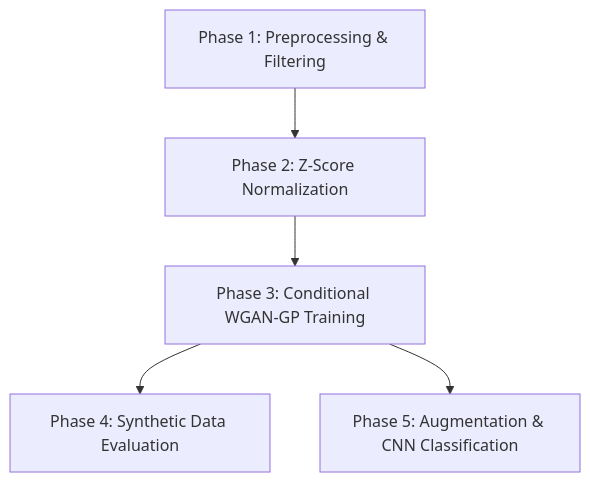
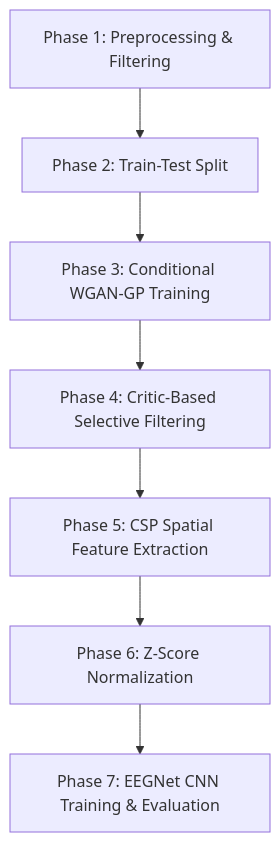
Before and after one commit to Rakeshmalviya88/motor-imagery-eeg-gan: the diagram in README.md, drawn with Mermaid. The commit also changed other lines of this file and 17 other files, not shown here.

````diff
--- a/README.md
+++ b/README.md
@@ -11,7 +13,9 @@
 ```mermaid
 graph TD
-    A[Phase 1: Preprocessing & Filtering] --> B[Phase 2: Z-Score Normalization]
+    A[Phase 1: Preprocessing & Filtering] --> B[Phase 2: Train-Test Split]
     B --> C[Phase 3: Conditional WGAN-GP Training]
-    C --> D[Phase 4: Synthetic Data Evaluation]
-    C --> E[Phase 5: Augmentation & CNN Classification]
+    C --> D[Phase 4: Critic-Based Selective Filtering]
+    D --> E[Phase 5: CSP Spatial Feature Extraction]
+    E --> F[Phase 6: Z-Score Normalization]
+    F --> G[Phase 7: EEGNet CNN Training & Evaluation]
 ```
````
